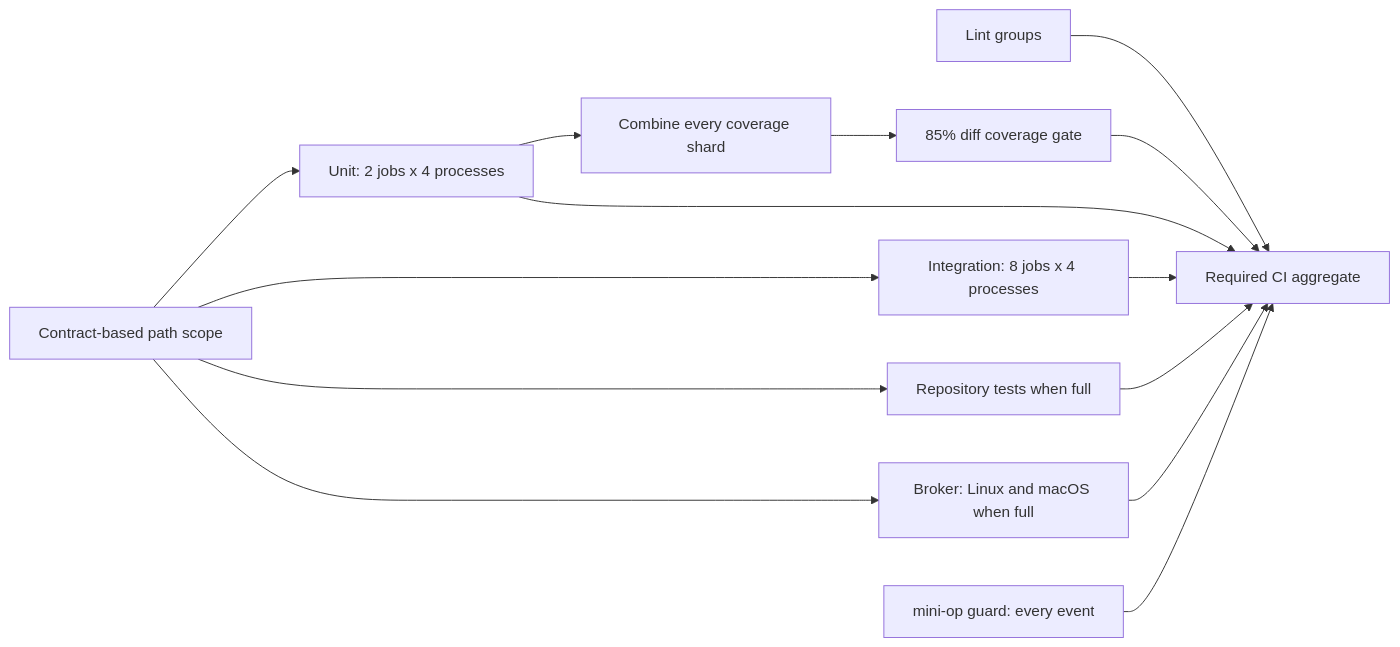
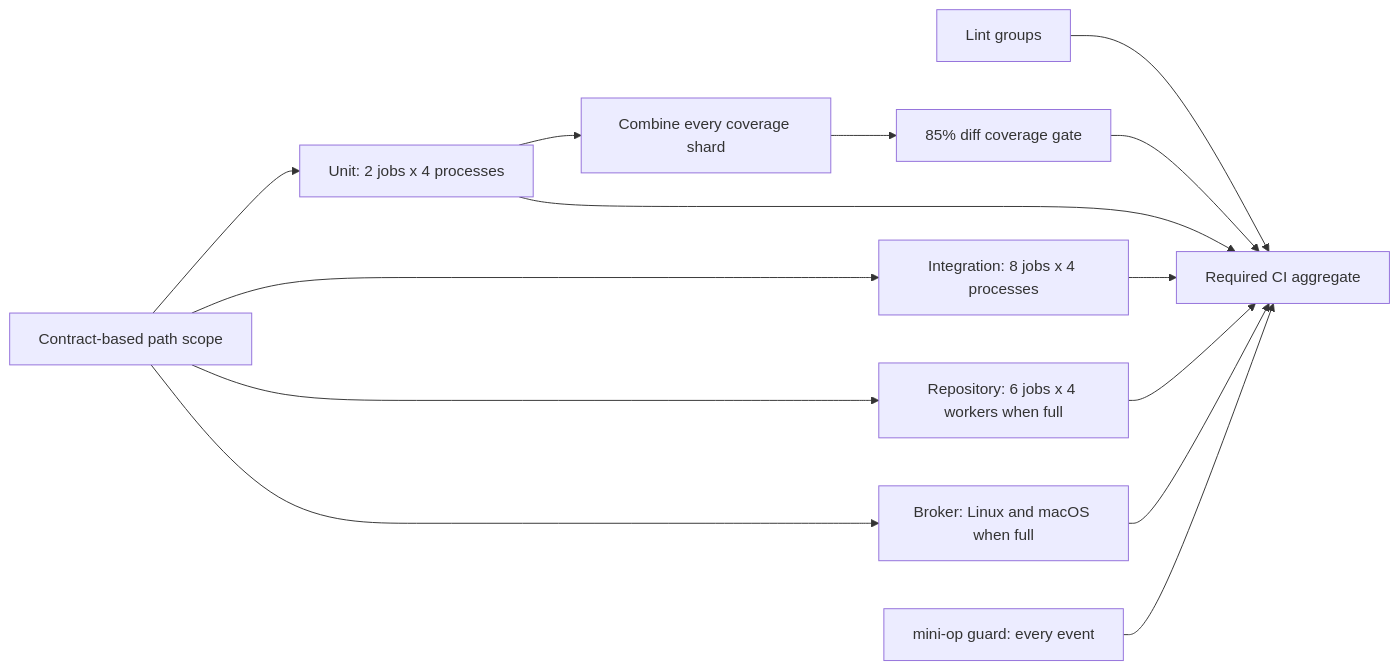
The diagram in docs/tests.md (windroc-labs/ensemble), drawn with Mermaid before and after one commit. The commit also changed other lines of this file and 12 other files, not shown here.

````diff
--- a/docs/tests.md
+++ b/docs/tests.md
@@ -128,16 +139,16 @@
 ```mermaid
 flowchart LR
     S[Contract-based path scope] --> U
     S --> I
-    S --> R[Repository tests when full]
+    S --> R[Repository: 6 jobs x 4 workers when full]
     S --> B
     L[Lint groups] --> CI[Required CI aggregate]
     U[Unit: 2 jobs x 4 processes] --> C[Combine every coverage shard]
     C --> G[85% diff coverage gate]
     G --> CI
     U --> CI
     I[Integration: 8 jobs x 4 processes] --> CI
     R --> CI
     B[Broker: Linux and macOS when full] --> CI
     M[mini-op guard: every event] --> CI
 ```
````
